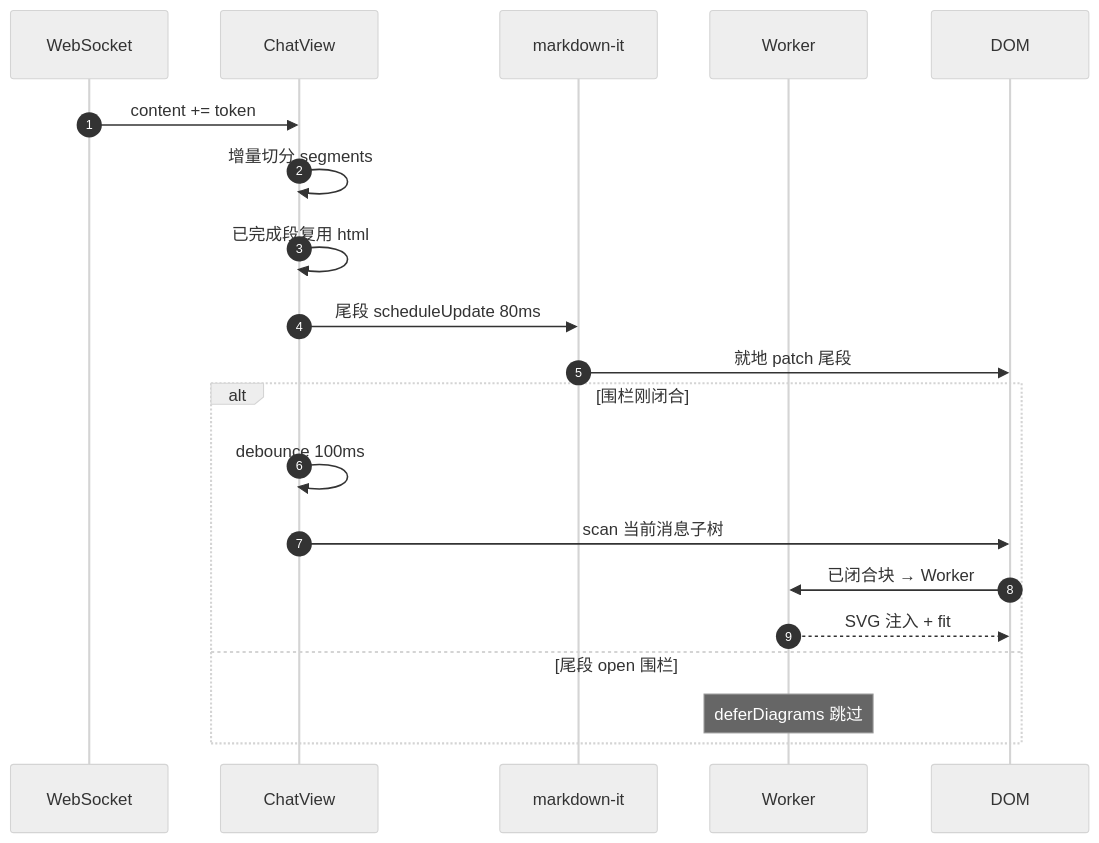
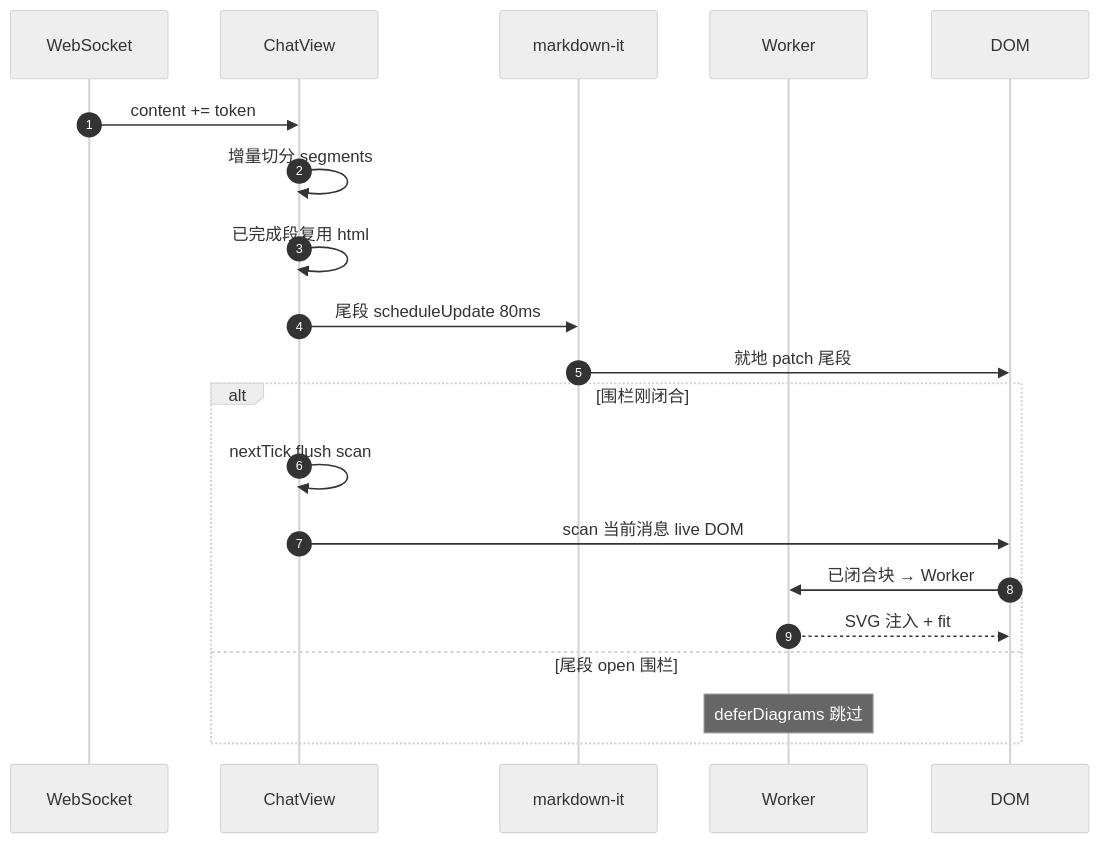
One commit to j2agent-ai/j2agent-docs changed diagram 18 of 18 in 前端/md解析器/图表渲染性能优化.md. Above: the diagram before and after it, drawn with Mermaid (neutral theme). The commit also changed other lines of this file, not shown here.

First line of the commit message:
fix(performance): 解决图表渲染性能问题

````diff
--- a/前端/md解析器/图表渲染性能优化.md
+++ b/前端/md解析器/图表渲染性能优化.md
@@ -349,23 +416,23 @@
 ```mermaid
 sequenceDiagram
   autonumber
   participant WS as WebSocket
   participant CV as ChatView
   participant MD as markdown-it
   participant WK as Worker
   participant DOM as DOM
 
   WS->>CV: content += token
   CV->>CV: 增量切分 segments
   CV->>CV: 已完成段复用 html
   CV->>MD: 尾段 scheduleUpdate 80ms
   MD->>DOM: 就地 patch 尾段
   alt 围栏刚闭合
-    CV->>CV: debounce 100ms
-    CV->>DOM: scan 当前消息子树
+    CV->>CV: nextTick flush scan
+    CV->>DOM: scan 当前消息 live DOM
     DOM->>WK: 已闭合块 → Worker
     WK-->>DOM: SVG 注入 + fit
   else 尾段 open 围栏
     Note over WK: deferDiagrams 跳过
   end
 ```
````
